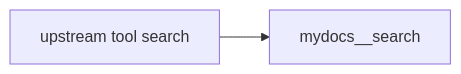
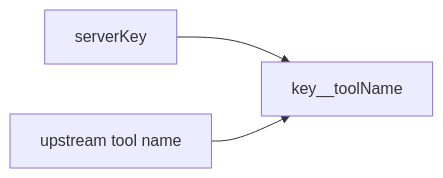
One commit to Alphabetsoup16/sennit changed the diagram in src/lib/README.md. Above: the diagram before and after it, drawn with Mermaid. The commit also changed other lines of this file and 77 other files, not shown here.

````diff
--- a/src/lib/README.md
+++ b/src/lib/README.md
@@ -11,4 +12,5 @@
 ```mermaid
 flowchart LR
-  up[upstream tool search] --> ns[mydocs__search]
+  key[serverKey] --> ns["key__toolName"]
+  tool[upstream tool name] --> ns
 ```
````
